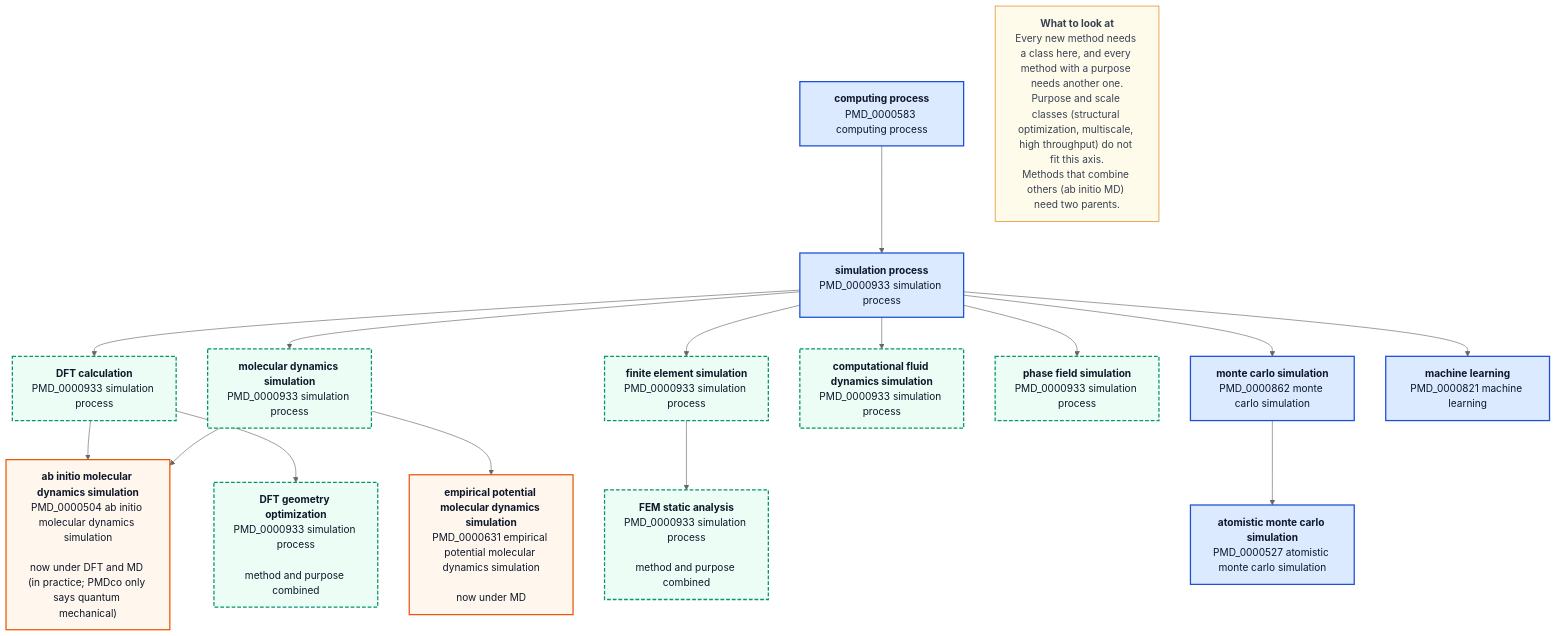
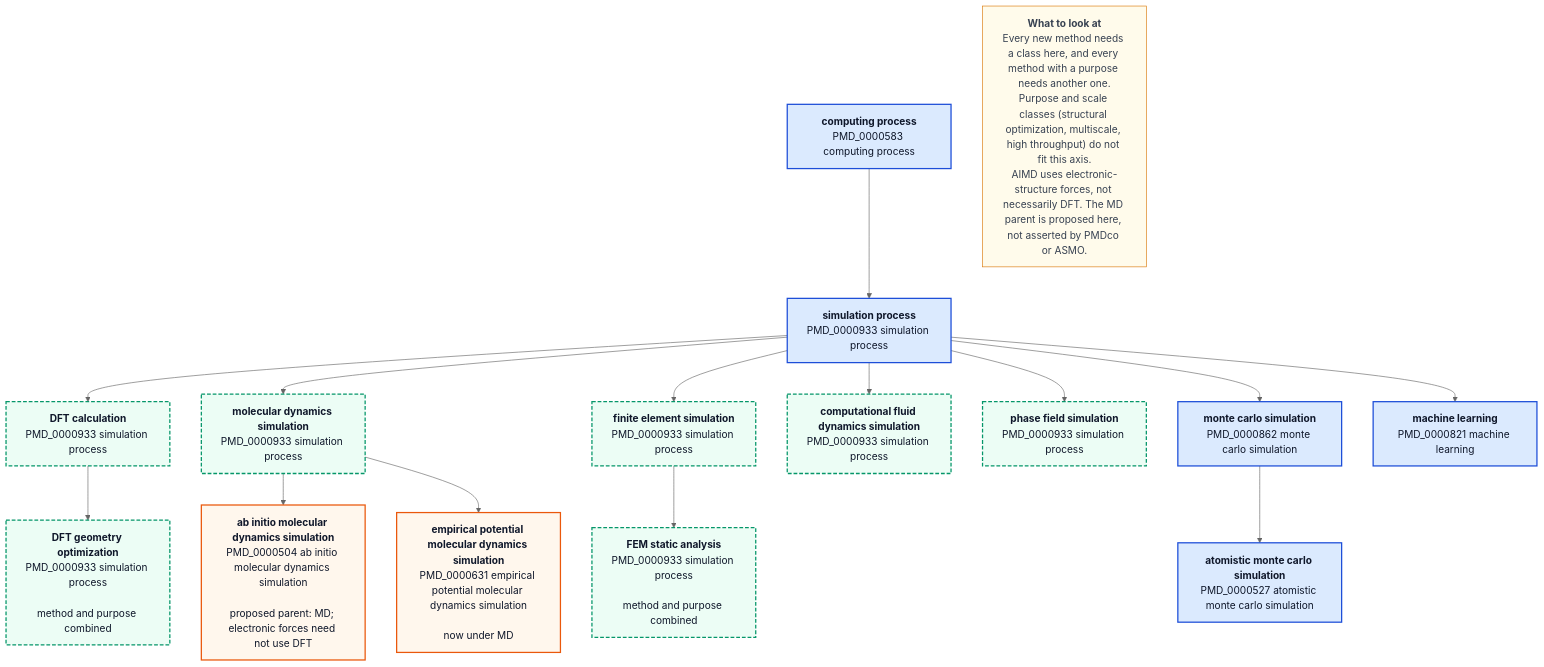
Before and after one commit to BAMresearch/mermantics: the diagram in web/options/b-method-tree/terms.mmd, drawn with Mermaid (neutral theme). The commit also changed 12 other files, not shown here.

```diff
--- a/web/options/b-method-tree/terms.mmd
+++ b/web/options/b-method-tree/terms.mmd
@@ -1,44 +1,43 @@
 flowchart TB
 
 %% Option B. Method tree: terms
 %% simulation process split by method. New methods and
 %% purposes become new classes. Added for comparison.
 
     Computing["<b>computing process</b><br>PMD_0000583 computing process"]:::local
     Simulation["<b>simulation process</b><br>PMD_0000933 simulation process"]:::local
     DFT["<b>DFT calculation</b><br>PMD_0000933 simulation process"]:::proposed
     MD["<b>molecular dynamics simulation</b><br>PMD_0000933 simulation process"]:::proposed
     FEM["<b>finite element simulation</b><br>PMD_0000933 simulation process"]:::proposed
     CFD["<b>computational fluid dynamics simulation</b><br>PMD_0000933 simulation process"]:::proposed
     PhaseField["<b>phase field simulation</b><br>PMD_0000933 simulation process"]:::proposed
     MonteCarlo["<b>monte carlo simulation</b><br>PMD_0000862 monte carlo simulation"]:::local
     AtomisticMC["<b>atomistic monte carlo simulation</b><br>PMD_0000527 atomistic monte carlo simulation"]:::local
     MachineLearning["<b>machine learning</b><br>PMD_0000821 machine learning"]:::local
-    AIMD["<b>ab initio molecular dynamics simulation</b><br>PMD_0000504 ab initio molecular dynamics simulation<br><br>now under DFT and MD (in practice; PMDco only says quantum mechanical)"]:::changed
+    AIMD["<b>ab initio molecular dynamics simulation</b><br>PMD_0000504 ab initio molecular dynamics simulation<br><br>proposed parent: MD; electronic forces need not use DFT"]:::changed
     EmpiricalMD["<b>empirical potential molecular dynamics simulation</b><br>PMD_0000631 empirical potential molecular dynamics simulation<br><br>now under MD"]:::changed
     DFTOpt["<b>DFT geometry optimization</b><br>PMD_0000933 simulation process<br><br>method and purpose combined"]:::proposed
     FEMStatic["<b>FEM static analysis</b><br>PMD_0000933 simulation process<br><br>method and purpose combined"]:::proposed
-    Note["<b>What to look at</b><br>Every new method needs a class here, and every method with a purpose needs another one.<br>Purpose and scale classes (structural optimization, multiscale, high throughput) do not fit this axis.<br>Methods that combine others (ab initio MD) need two parents."]:::note
+    Note["<b>What to look at</b><br>Every new method needs a class here, and every method with a purpose needs another one.<br>Purpose and scale classes (structural optimization, multiscale, high throughput) do not fit this axis.<br>AIMD uses electronic-structure forces, not necessarily DFT. The MD parent is proposed here, not asserted by PMDco or ASMO."]:::note
 
     Computing --> Simulation
     Simulation --> DFT
     Simulation --> MD
     Simulation --> FEM
     Simulation --> CFD
     Simulation --> PhaseField
     Simulation --> MonteCarlo
     MonteCarlo --> AtomisticMC
     Simulation --> MachineLearning
-    DFT --> AIMD
     MD --> AIMD
     MD --> EmpiricalMD
     DFT --> DFTOpt
     FEM --> FEMStatic
 
     classDef local fill:#dbeafe,stroke:#1d4ed8,stroke-width:2px,color:#0f172a
     classDef note fill:#fffbeb,stroke:#d97706,color:#374151
     classDef proposed fill:#ecfdf5,stroke:#059669,stroke-width:2px,stroke-dasharray:6 3,color:#0f172a
     classDef changed fill:#fff7ed,stroke:#ea580c,stroke-width:2px,color:#0f172a
 
-%% mermantics-layout {"Computing":[0,0],"Simulation":[26,83],"DFT":[52,166],"AIMD":[78,249],"DFTOpt":[78,377],"MD":[52,505],"EmpiricalMD":[78,607],"FEM":[52,754],"FEMStatic":[78,856],"CFD":[52,965],"PhaseField":[52,1067],"MonteCarlo":[52,1150],"AtomisticMC":[78,1233],"MachineLearning":[52,1335],"Note":[408,0]}
+%% mermantics-layout {"Computing":[0,0],"Simulation":[26,83],"DFT":[52,166],"AIMD":[78,480],"DFTOpt":[78,249],"MD":[52,377],"EmpiricalMD":[78,690],"FEM":[52,854],"FEMStatic":[78,956],"CFD":[52,1065],"PhaseField":[52,1167],"MonteCarlo":[52,1250],"AtomisticMC":[78,1333],"MachineLearning":[52,1435],"Note":[408,0]}
 %% mermantics-kinds {"Computing":"process","Simulation":"process","DFT":"process","MD":"process","FEM":"process","CFD":"process","PhaseField":"process","MonteCarlo":"process","AtomisticMC":"process","MachineLearning":"process","AIMD":"process","EmpiricalMD":"process","DFTOpt":"process","FEMStatic":"process"}
```
